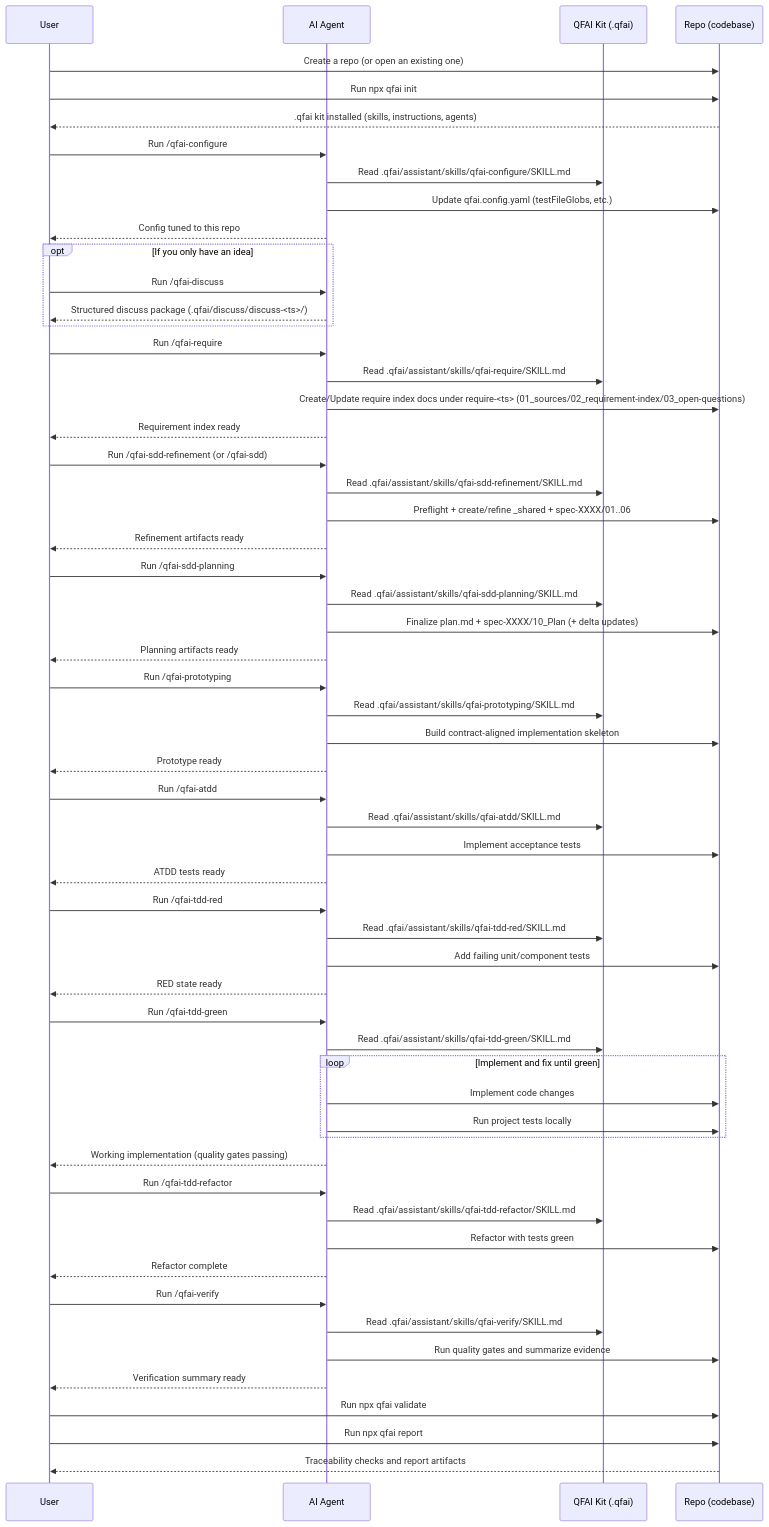
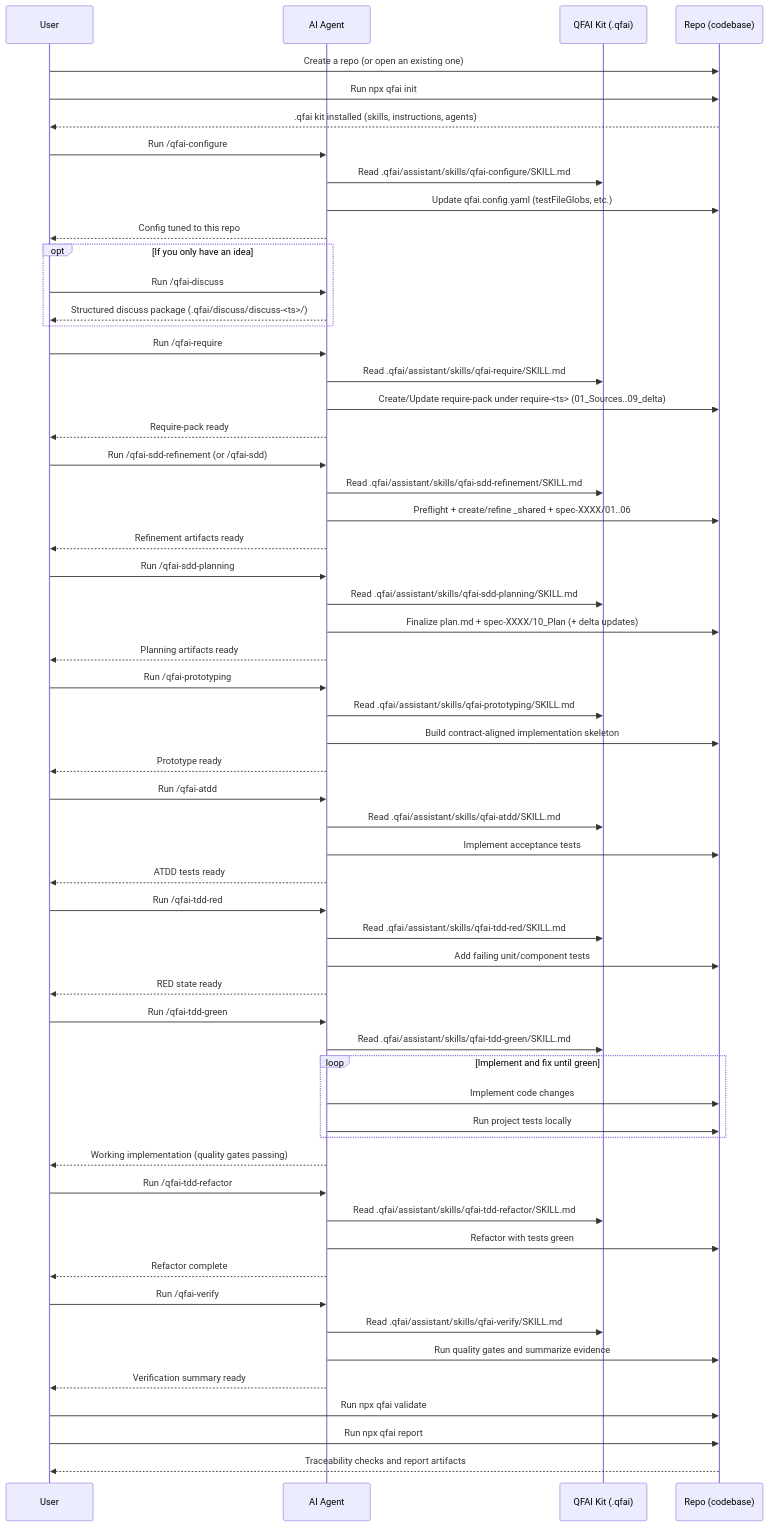
The first of 2 diagrams in packages/qfai/README.md (aganesy/QFAI), drawn with Mermaid before and after one commit. The commit also changed other lines of this file and 40 other files, not shown here.

Commit message:
feat(require): enforce 9-file require-pack readiness

````diff
--- a/packages/qfai/README.md
+++ b/packages/qfai/README.md
@@ -74,73 +74,73 @@
 ```mermaid
 sequenceDiagram
 participant U as User
 participant AG as AI Agent
 participant Q as QFAI Kit (.qfai)
 participant R as Repo (codebase)
 
 U->>R: Create a repo (or open an existing one)
 U->>R: Run npx qfai init
 R-->>U: .qfai kit installed (skills, instructions, agents)
 
 U->>AG: Run /qfai-configure
 AG->>Q: Read .qfai/assistant/skills/qfai-configure/SKILL.md
 AG->>R: Update qfai.config.yaml (testFileGlobs, etc.)
 AG-->>U: Config tuned to this repo
 
 opt If you only have an idea
 U->>AG: Run /qfai-discuss
 AG-->>U: Structured discuss package (.qfai/discuss/discuss-<ts>/)
 end
 
 U->>AG: Run /qfai-require
 AG->>Q: Read .qfai/assistant/skills/qfai-require/SKILL.md
-AG->>R: Create/Update require index docs under require-<ts> (01_sources/02_requirement-index/03_open-questions)
-AG-->>U: Requirement index ready
+AG->>R: Create/Update require-pack under require-<ts> (01_Sources..09_delta)
+AG-->>U: Require-pack ready
 
 U->>AG: Run /qfai-sdd-refinement (or /qfai-sdd)
 AG->>Q: Read .qfai/assistant/skills/qfai-sdd-refinement/SKILL.md
 AG->>R: Preflight + create/refine _shared + spec-XXXX/01..06
 AG-->>U: Refinement artifacts ready
 
 U->>AG: Run /qfai-sdd-planning
 AG->>Q: Read .qfai/assistant/skills/qfai-sdd-planning/SKILL.md
 AG->>R: Finalize plan.md + spec-XXXX/10_Plan (+ delta updates)
 AG-->>U: Planning artifacts ready
 
 U->>AG: Run /qfai-prototyping
 AG->>Q: Read .qfai/assistant/skills/qfai-prototyping/SKILL.md
 AG->>R: Build contract-aligned implementation skeleton
 AG-->>U: Prototype ready
 
 U->>AG: Run /qfai-atdd
 AG->>Q: Read .qfai/assistant/skills/qfai-atdd/SKILL.md
 AG->>R: Implement acceptance tests
 AG-->>U: ATDD tests ready
 
 U->>AG: Run /qfai-tdd-red
 AG->>Q: Read .qfai/assistant/skills/qfai-tdd-red/SKILL.md
 AG->>R: Add failing unit/component tests
 AG-->>U: RED state ready
 
 U->>AG: Run /qfai-tdd-green
 AG->>Q: Read .qfai/assistant/skills/qfai-tdd-green/SKILL.md
 loop Implement and fix until green
 AG->>R: Implement code changes
 AG->>R: Run project tests locally
 end
 AG-->>U: Working implementation (quality gates passing)
 
 U->>AG: Run /qfai-tdd-refactor
 AG->>Q: Read .qfai/assistant/skills/qfai-tdd-refactor/SKILL.md
 AG->>R: Refactor with tests green
 AG-->>U: Refactor complete
 
 U->>AG: Run /qfai-verify
 AG->>Q: Read .qfai/assistant/skills/qfai-verify/SKILL.md
 AG->>R: Run quality gates and summarize evidence
 AG-->>U: Verification summary ready
 
 U->>R: Run npx qfai validate
 U->>R: Run npx qfai report
 R-->>U: Traceability checks and report artifacts
 ```
````
